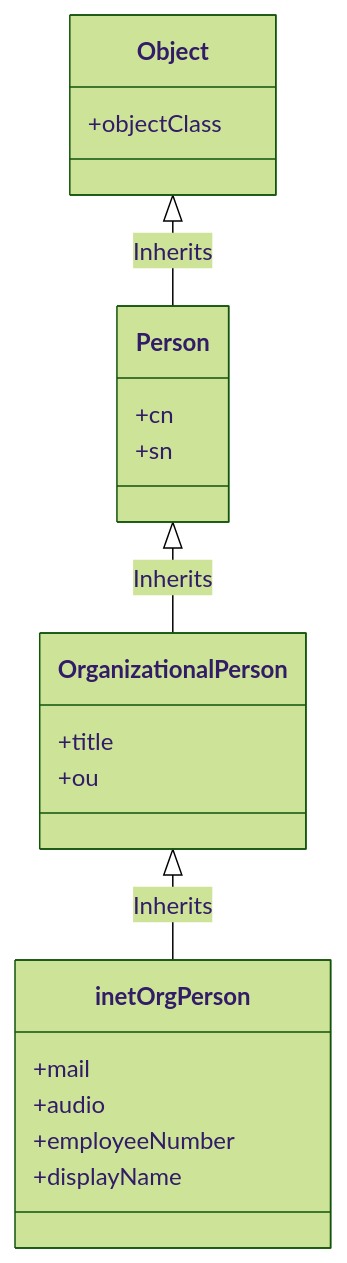
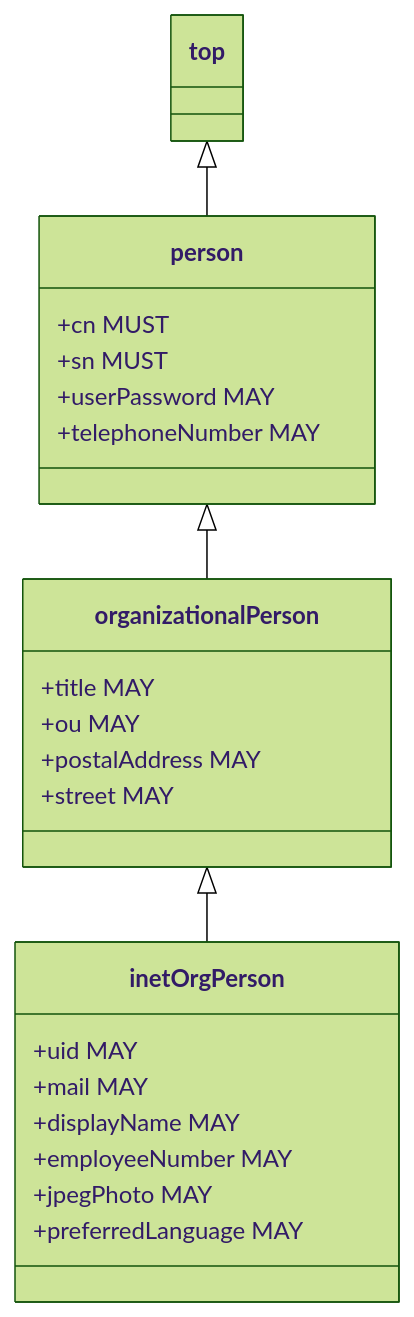
The first of 3 diagrams in cours/InetOrgPerson.md (michaellaunay/NotesPubliques), drawn with Mermaid (forest theme) before and after one commit. The commit also changed other lines of this file, not shown here.

````diff
--- a/cours/InetOrgPerson.md
+++ b/cours/InetOrgPerson.md
@@ -78,23 +235,29 @@
 ```mermaid
 classDiagram
-    Object <|-- Person : Inherits
-    Person <|-- OrganizationalPerson : Inherits
-    OrganizationalPerson <|-- inetOrgPerson : Inherits
-    class Object{
-      +objectClass
+    top <|-- person
+    person <|-- organizationalPerson
+    organizationalPerson <|-- inetOrgPerson
+
+    class person {
+      +cn MUST
+      +sn MUST
+      +userPassword MAY
+      +telephoneNumber MAY
     }
-    class Person{
-      +cn
-      +sn
+
+    class organizationalPerson {
+      +title MAY
+      +ou MAY
+      +postalAddress MAY
+      +street MAY
     }
-    class OrganizationalPerson{
-      +title
-      +ou
-    }
-    class inetOrgPerson{
-      +mail
-      +audio
-      +employeeNumber
-      +displayName
+
+    class inetOrgPerson {
+      +uid MAY
+      +mail MAY
+      +displayName MAY
+      +employeeNumber MAY
+      +jpegPhoto MAY
+      +preferredLanguage MAY
     }
 ```
````
